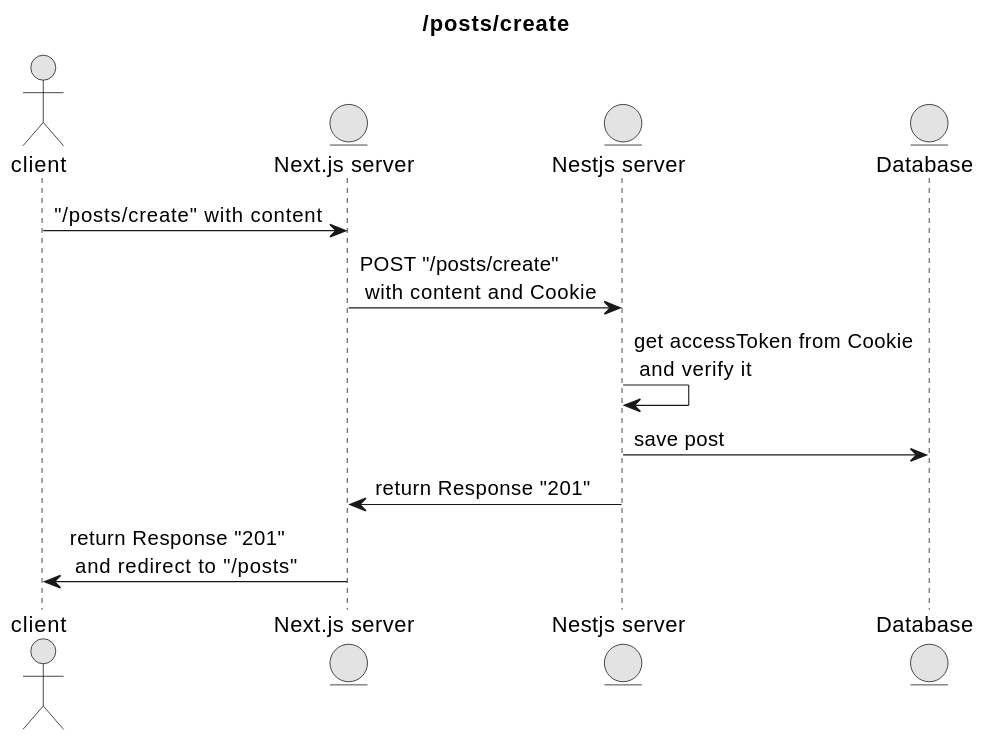
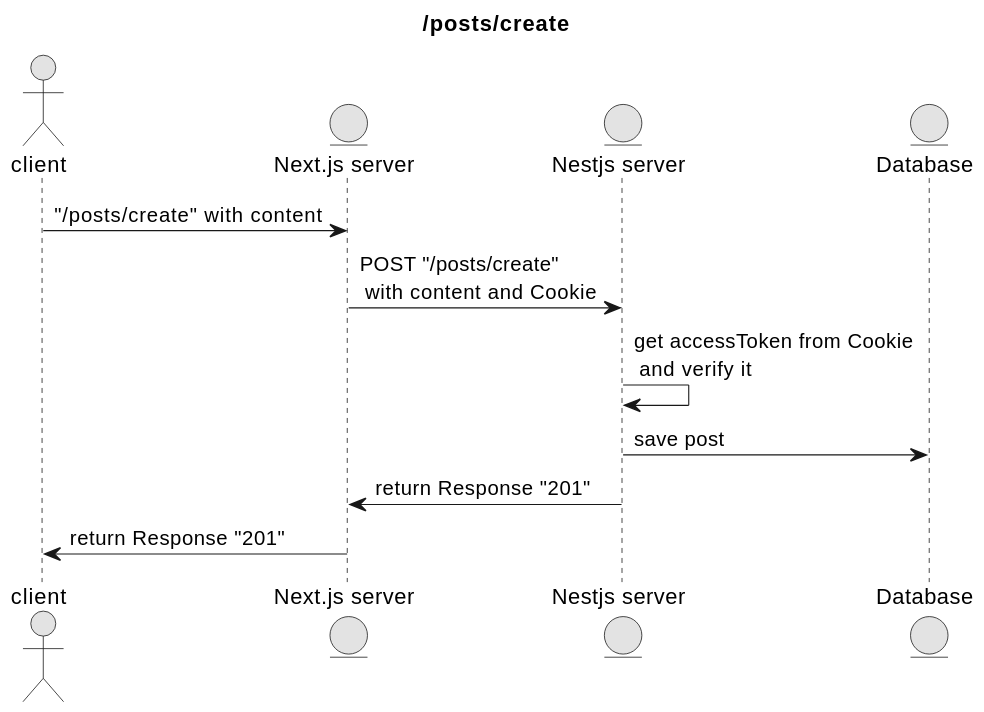
One commit to tomo324/idea-app-front changed the diagram in public/diagram/sequence/posts/create.adoc. Above: the diagram before and after it, drawn with PlantUML. The commit also changed 8 other files, not shown here.

```diff
--- a/public/diagram/sequence/posts/create.adoc
+++ b/public/diagram/sequence/posts/create.adoc
@@ -1,19 +1,19 @@
 [plantuml,alice-bob,svg,role=sequence]
 ....
 title /posts/create
 skinparam monochrome true
 skinparam ranksep 20
 skinparam dpi 150
 skinparam arrowThickness 0.7
 
 actor client
 entity "Next.js server" as next
 entity "Nestjs server" as nest
 entity "Database" as db
 client->next: "/posts/create" with content
 next->nest: POST "/posts/create" \n with content and Cookie
 nest->nest: get accessToken from Cookie \n and verify it
 nest->db: save post
 nest->next: return Response "201"
-next->client: return Response "201" \n and redirect to "/posts"
+next->client: return Response "201"
 ....
```
